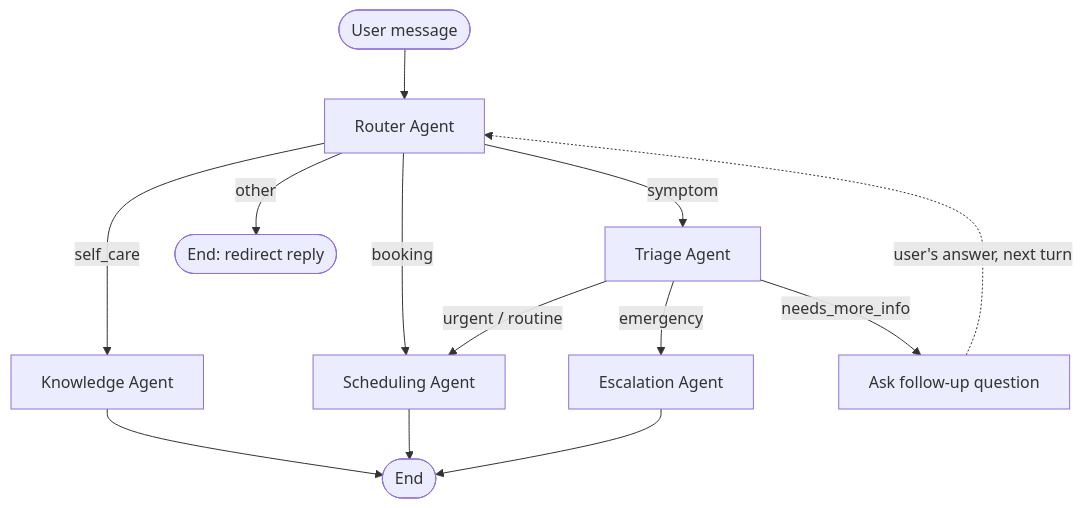
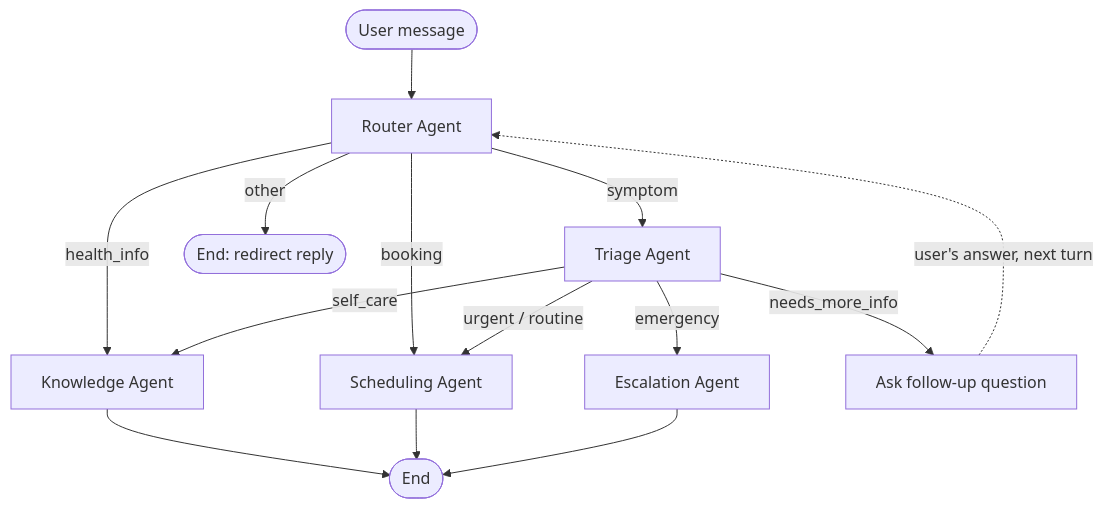
The diagram in README.md (MASJV/ai-healthcare-triage-assistant), drawn with Mermaid before and after one commit. The commit also changed other lines of this file and 21 other files, not shown here.

````diff
--- a/README.md
+++ b/README.md
@@ -16,17 +16,18 @@
 ```mermaid
 flowchart TD
     START([User message]) --> R[Router Agent]
     R -->|symptom| T[Triage Agent]
-    R -->|self_care| K[Knowledge Agent]
+    R -->|health_info| K[Knowledge Agent]
     R -->|booking| S[Scheduling Agent]
     R -->|other| E1([End: redirect reply])
 
     T -->|emergency| X[Escalation Agent]
     T -->|urgent / routine| S
+    T -->|self_care| K
     T -->|needs_more_info| Q[Ask follow-up question]
     Q -.->|user's answer, next turn| R
 
     K --> END([End])
     S --> END
     X --> END
 ```
````
